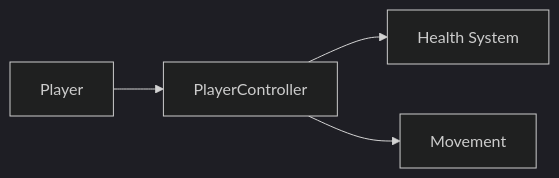
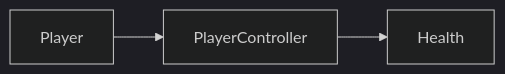
Before and after one commit to PurdueSIGGD/SIGGD-Docs: the diagram in docs/contributing/markdown-cheatsheet.md, drawn with Mermaid (dark theme). The commit also changed other lines of this file and 16 other files, not shown here.

````diff
--- a/docs/contributing/markdown-cheatsheet.md
+++ b/docs/contributing/markdown-cheatsheet.md
@@ -163,6 +117,5 @@
 ```mermaid
 graph LR
     A[Player] --> B[PlayerController]
-    B --> C[Health System]
-    B --> D[Movement]
+    B --> C[Health]
 ```
````
